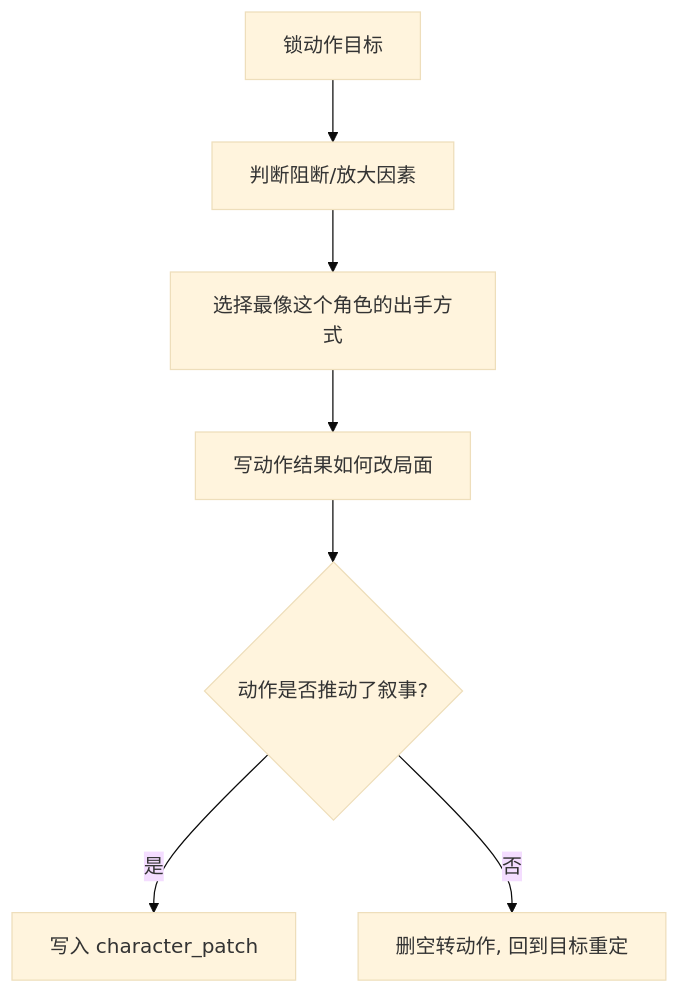
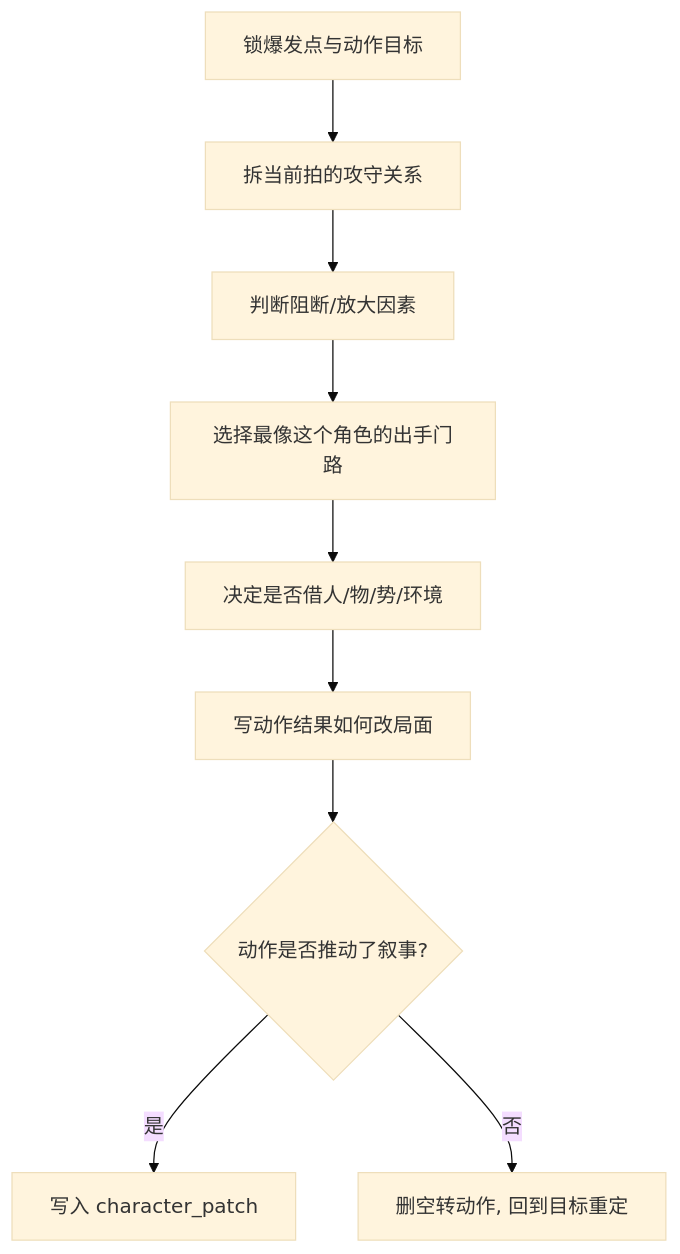
One commit to ZEN-VOID/AI-CUT changed the diagram in .agents/skills/aigc/3-Detail/1-水月/references/角色表现/动作戏/module-guide.md. Above: the diagram before and after it, drawn with Mermaid (base theme). The commit also changed other lines of this file and 162 other files, not shown here.

````diff
--- a/.agents/skills/aigc/3-Detail/1-水月/references/角色表现/动作戏/module-guide.md
+++ b/.agents/skills/aigc/3-Detail/1-水月/references/角色表现/动作戏/module-guide.md
@@ -17,9 +20,11 @@
 ```mermaid
 flowchart TD
-    A["锁动作目标"] --> B["判断阻断/放大因素"]
-    B --> C["选择最像这个角色的出手方式"]
-    C --> D["写动作结果如何改局面"]
-    D --> E{"动作是否推动了叙事?"}
-    E -- "是" --> F["写入 character_patch"]
-    E -- "否" --> G["删空转动作, 回到目标重定"]
+    A["锁爆发点与动作目标"] --> B["拆当前拍的攻守关系"]
+    B --> C["判断阻断/放大因素"]
+    C --> D["选择最像这个角色的出手门路"]
+    D --> E["决定是否借人/物/势/环境"]
+    E --> F["写动作结果如何改局面"]
+    F --> G{"动作是否推动了叙事?"}
+    G -- "是" --> H["写入 character_patch"]
+    G -- "否" --> I["删空转动作, 回到目标重定"]
 ```
````
